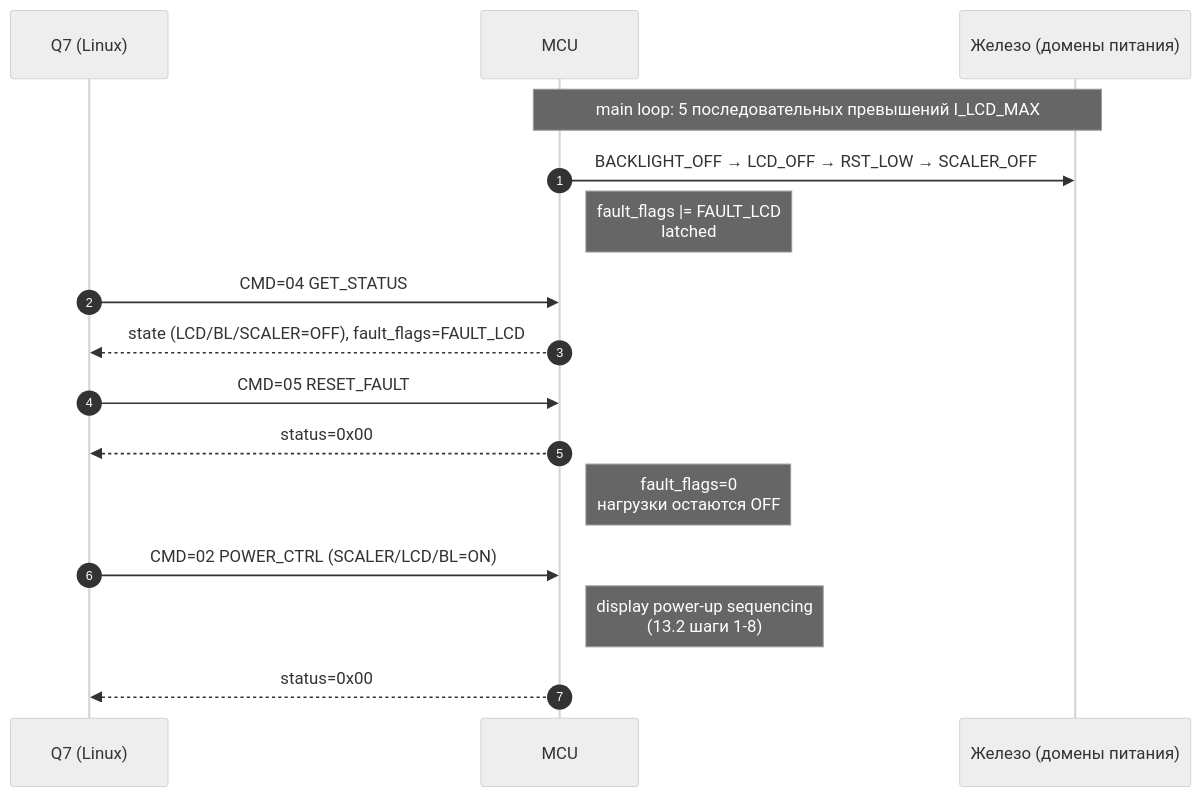
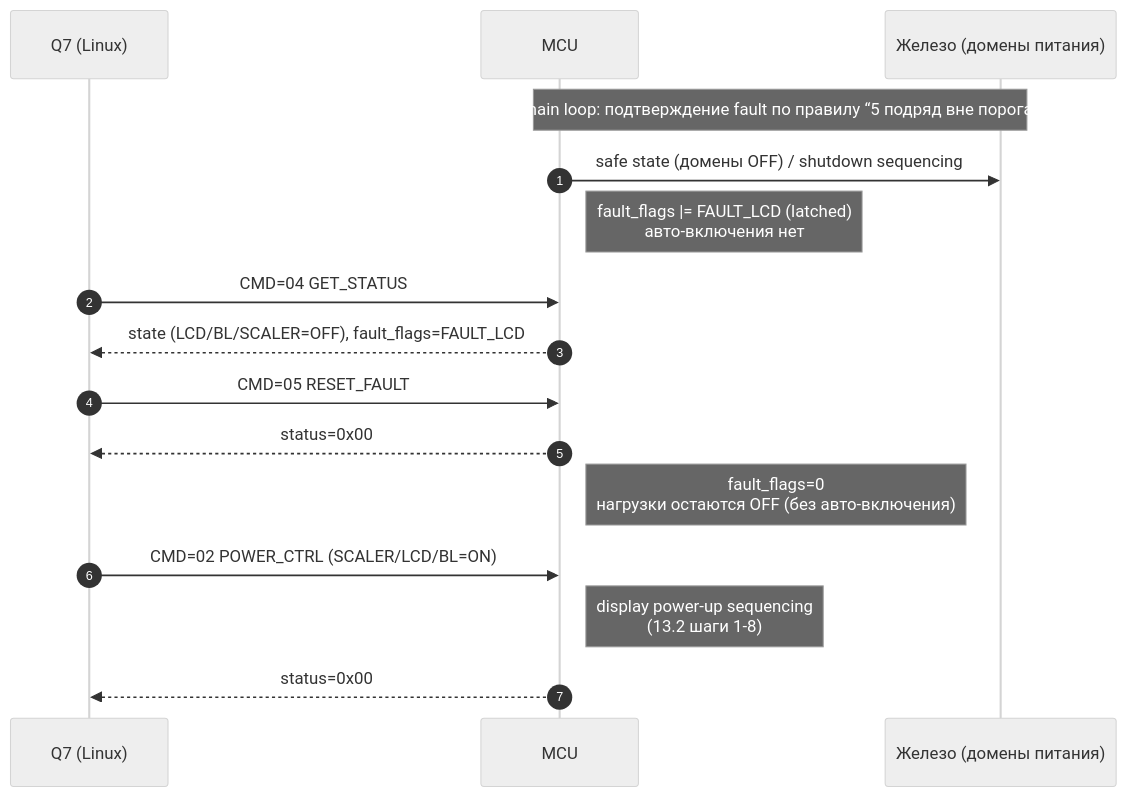
One commit to n-korel/power_controller changed the fourth of 6 diagrams in README.md. Above: the diagram before and after it, drawn with Mermaid (neutral theme). The commit also changed other lines of this file and 1 other file, not shown here.

````diff
--- a/README.md
+++ b/README.md
@@ -1647,22 +1660,22 @@
 ```mermaid
 sequenceDiagram
     autonumber
     participant Q7 as Q7 (Linux)
     participant MCU as MCU
     participant HW as Железо (домены питания)
 
-    Note over MCU,HW: main loop: 5 последовательных превышений I_LCD_MAX
-    MCU->>HW: BACKLIGHT_OFF → LCD_OFF → RST_LOW → SCALER_OFF
-    Note right of MCU: fault_flags |= FAULT_LCD<br/>latched
+    Note over MCU,HW: main loop: подтверждение fault по правилу “5 подряд вне порога”
+    MCU->>HW: safe state (домены OFF) / shutdown sequencing
+    Note right of MCU: fault_flags |= FAULT_LCD (latched)<br/>авто-включения нет
 
     Q7->>MCU: CMD=04 GET_STATUS
     MCU-->>Q7: state (LCD/BL/SCALER=OFF), fault_flags=FAULT_LCD
 
     Q7->>MCU: CMD=05 RESET_FAULT
     MCU-->>Q7: status=0x00
-    Note right of MCU: fault_flags=0<br/>нагрузки остаются OFF
+    Note right of MCU: fault_flags=0<br/>нагрузки остаются OFF (без авто-включения)
 
     Q7->>MCU: CMD=02 POWER_CTRL (SCALER/LCD/BL=ON)
     Note right of MCU: display power-up sequencing<br/>(13.2 шаги 1-8)
     MCU-->>Q7: status=0x00
 ```
````
